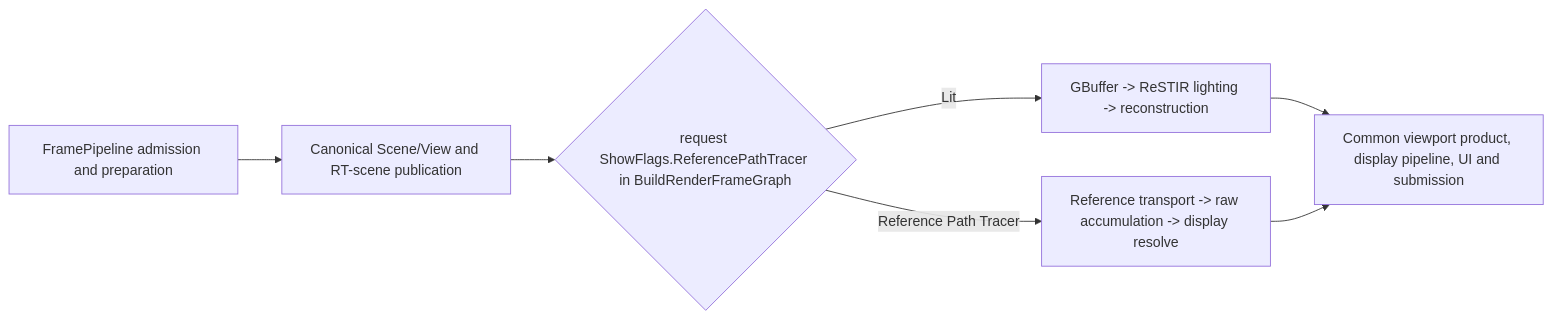
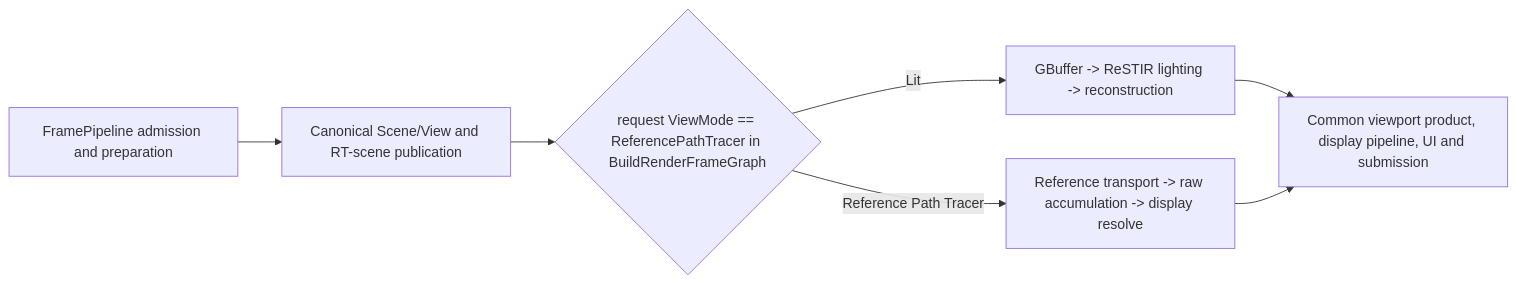
The second of 3 diagrams in Docs/Architecture/Modules/Engine/Renderer/Features/Lighting/ReferencePathTracer/ExecutionArchitecture.md (stoleckipawel/SparkleEngine), drawn with Mermaid before and after one commit. The commit also changed other lines of this file and 8 other files, not shown here.

````diff
--- a/Docs/Architecture/Modules/Engine/Renderer/Features/Lighting/ReferencePathTracer/ExecutionArchitecture.md
+++ b/Docs/Architecture/Modules/Engine/Renderer/Features/Lighting/ReferencePathTracer/ExecutionArchitecture.md
@@ -131,9 +131,9 @@
 ```mermaid
 flowchart LR
     Admit[FramePipeline admission and preparation] --> Scene[Canonical Scene/View and RT-scene publication]
-    Scene --> Select{request ShowFlags.ReferencePathTracer in BuildRenderFrameGraph}
+    Scene --> Select{request ViewMode == ReferencePathTracer in BuildRenderFrameGraph}
     Select -->|Lit| Lit[GBuffer -> ReSTIR lighting -> reconstruction]
     Select -->|Reference Path Tracer| RPT[Reference transport -> raw accumulation -> display resolve]
     Lit --> Present[Common viewport product, display pipeline, UI and submission]
     RPT --> Present
 ```
````
